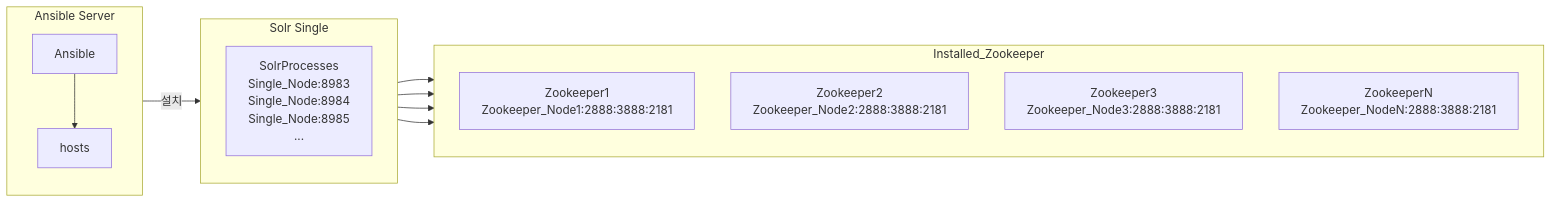
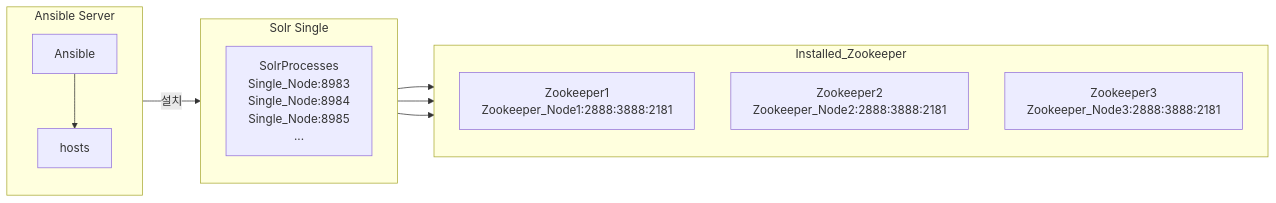
One commit to QubitSecurity/howto changed the diagram in rocky9/app/solr/ansible_install/baremetal/readme.md. Above: the diagram before and after it, drawn with Mermaid.

````diff
--- a/rocky9/app/solr/ansible_install/baremetal/readme.md
+++ b/rocky9/app/solr/ansible_install/baremetal/readme.md
@@ -26,39 +26,37 @@
 ```mermaid
 graph LR;
 
     %% Define layout direction and spacing
    %% style Ansible_Server fill:#f9f,stroke:#333,stroke-width:2px,height:200px;
    %% style Zookeeper fill:#cfc,stroke:#333,stroke-width:2px;
    %% style Plug_Zookeeper fill:#fff,stroke:#000,stroke-width:2px;
 
     %% Ansible Server Section
     subgraph Ansible_Server[Ansible Server]
         direction TB
         Ansible1[Ansible]
         hosts[hosts]
         
         Ansible1 --> hosts
     end
 
     %% Zookeeper Section
     subgraph Zookeeper[Installed_Zookeeper]
         direction TB
         Zookeeper1[Zookeeper1<br>Zookeeper_Node1:2888:3888:2181]
         Zookeeper2[Zookeeper2<br>Zookeeper_Node2:2888:3888:2181]
         Zookeeper3[Zookeeper3<br>Zookeeper_Node3:2888:3888:2181]
-        Zookeeper4[ZookeeperN<br>Zookeeper_NodeN:2888:3888:2181]
         
     end
 
     %% Solr Subgraph
     subgraph Solr[Solr Single]
         direction TB
         SolrProcesses[SolrProcesses<br>Single_Node:8983<br>Single_Node:8984<br>Single_Node:8985<br>...]
     end
 hosts -->|설치| Solr
 
 SolrProcesses --> Zookeeper1
 SolrProcesses --> Zookeeper2
 SolrProcesses --> Zookeeper3
-SolrProcesses --> Zookeeper4
 ```
````
